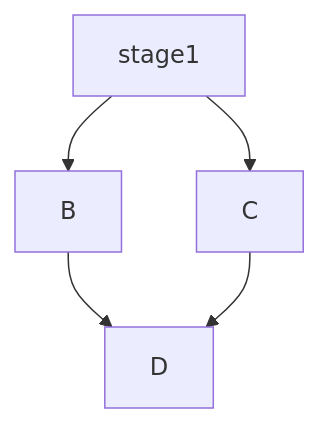
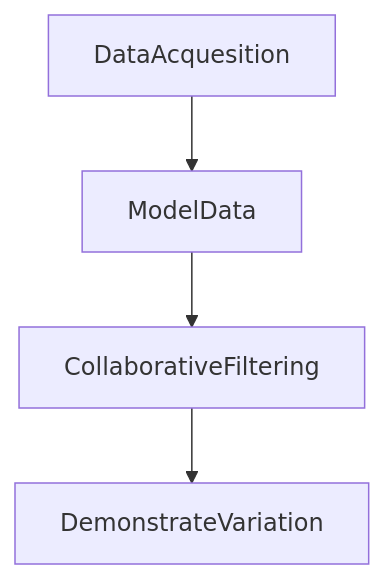
One commit to collaborativebioinformatics/F3CF changed the diagram in flowchart.md. Above: the diagram before and after it, drawn with Mermaid.

````diff
--- a/flowchart.md
+++ b/flowchart.md
@@ -1,7 +1,6 @@
 ```mermaid
 graph TD;
-    stage1-->B;
-    stage1-->C;
-    B-->D;
-    C-->D;
+    DataAcquesition-->ModelData;
+    ModelData-->CollaborativeFiltering;
+    CollaborativeFiltering-->DemonstrateVariation;
 ```
````
